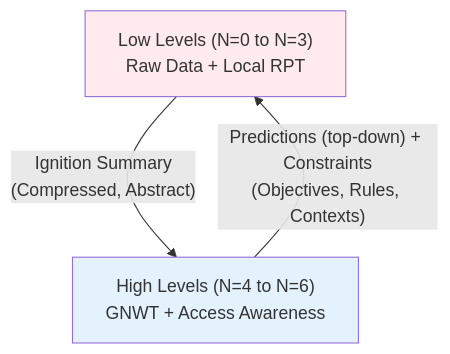
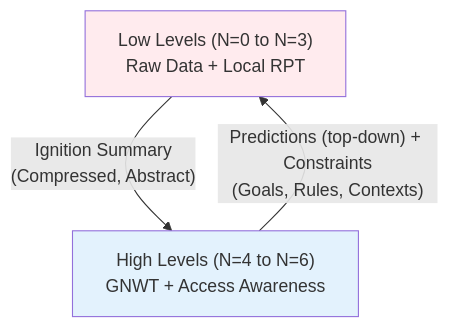
Before and after one commit to AlainCo/GNWT-Garrigue-X-en: the first of 9 diagrams in architecture/architecture.md, drawn with Mermaid. The commit also changed other lines of this file and 17 other files, not shown here.

````diff
--- a/architecture/architecture.md
+++ b/architecture/architecture.md
@@ -5,12 +5,12 @@
 ```mermaid
 flowchart TD
     direction TB
 
     Bas["Low Levels (N=0 to N=3)\nRaw Data + Local RPT"] 
     -->|"Ignition Summary\n(Compressed, Abstract)"| Haut["High Levels (N=4 to N=6)\nGNWT + Access Awareness"]
 
-    Haut -->|"Predictions (top-down) + Constraints\n(Objectives, Rules, Contexts)"| Bas
+    Haut -->|"Predictions (top-down) + Constraints\n(Goals, Rules, Contexts)"| Bas
 
     style Bas fill:#ffebee
     style Haut fill:#e3f2fd
 ```
````
